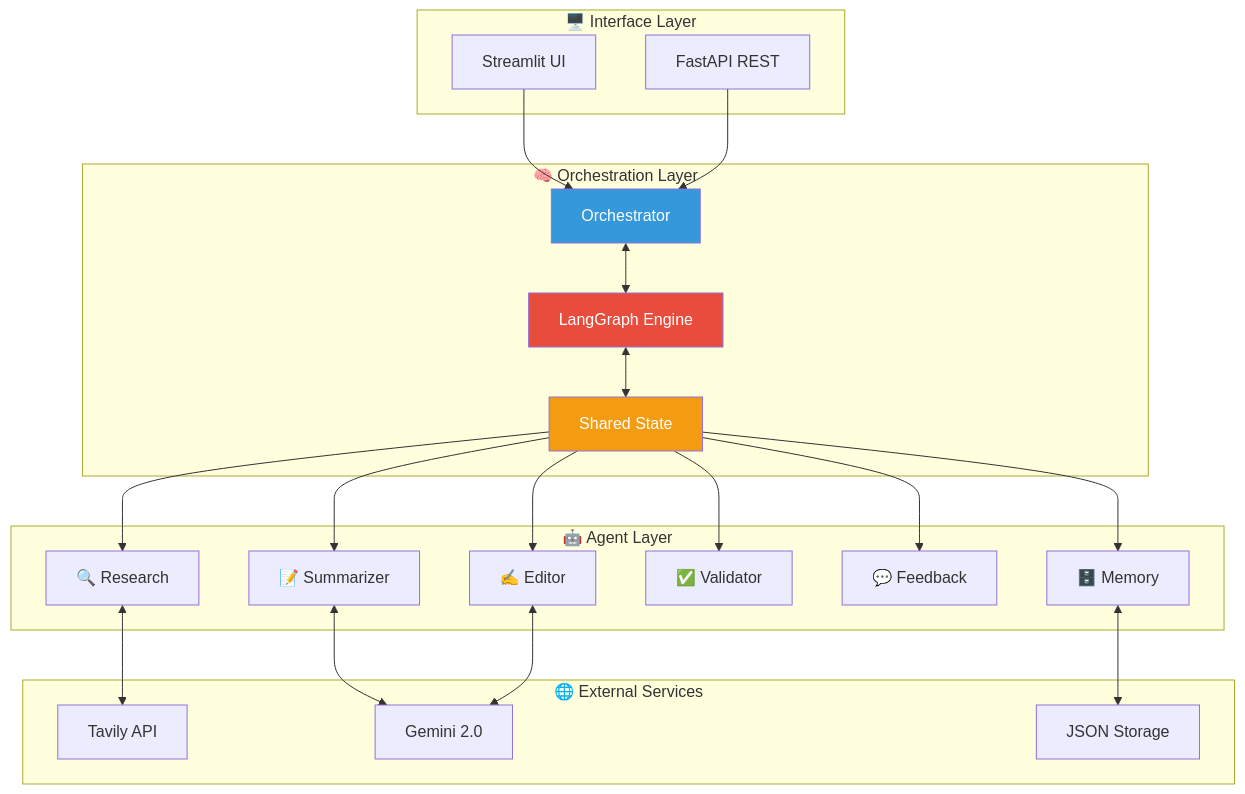
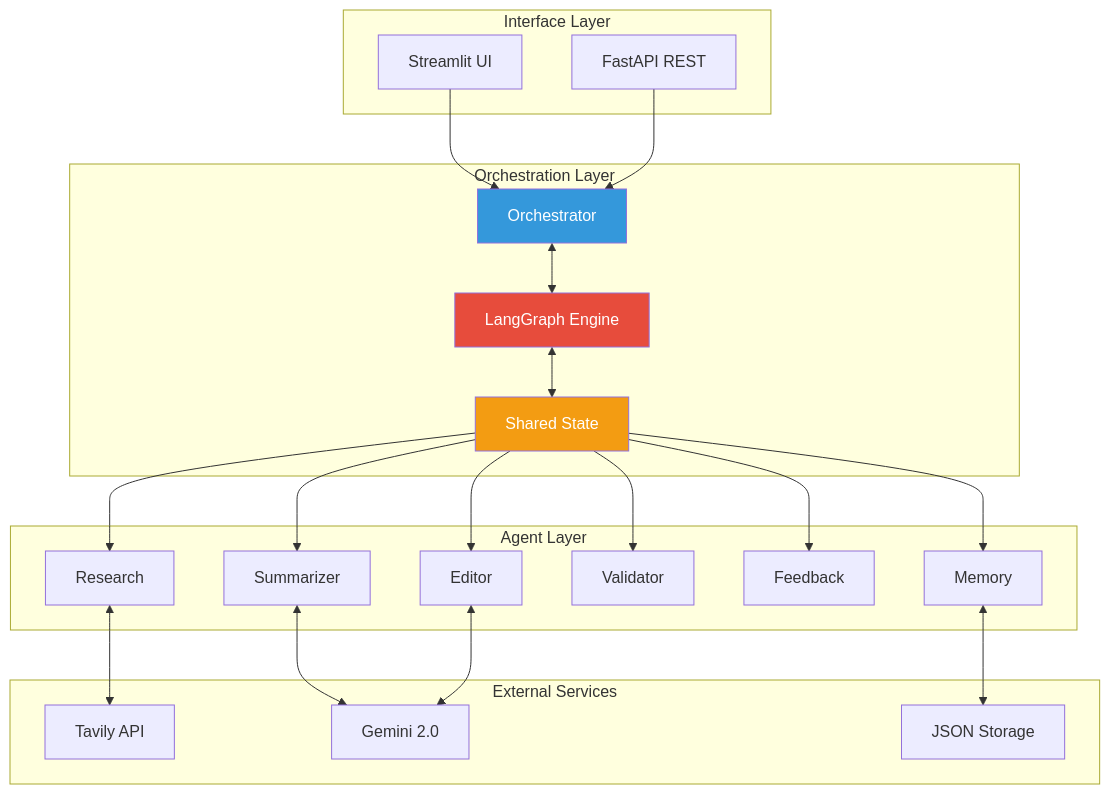
Before and after one commit to Abdelilah04116/AutoResearchFlow: the second of 6 diagrams in README.md, drawn with Mermaid. The commit also changed other lines of this file, not shown here.

````diff
--- a/README.md
+++ b/README.md
@@ -67,49 +67,49 @@
 ```mermaid
 graph TB
-    subgraph "🖥️ Interface Layer"
+    subgraph " Interface Layer"
         UI[Streamlit UI]
         API[FastAPI REST]
     end
     
-    subgraph "🧠 Orchestration Layer"
+    subgraph " Orchestration Layer"
         ORCH[Orchestrator]
         LG[LangGraph Engine]
         STATE[Shared State]
     end
     
-    subgraph "🤖 Agent Layer"
-        RA[🔍 Research]
-        SA[📝 Summarizer]
-        EA[✍️ Editor]
-        VA[✅ Validator]
-        FA[💬 Feedback]
-        MA[🗄️ Memory]
+    subgraph " Agent Layer"
+        RA[ Research]
+        SA[ Summarizer]
+        EA[ Editor]
+        VA[ Validator]
+        FA[ Feedback]
+        MA[ Memory]
     end
     
-    subgraph "🌐 External Services"
+    subgraph " External Services"
         TAVILY[Tavily API]
         GEMINI[Gemini 2.0]
         STORAGE[JSON Storage]
     end
     
     UI --> ORCH
     API --> ORCH
     ORCH <--> LG
     LG <--> STATE
     
     STATE --> RA
     STATE --> SA
     STATE --> EA
     STATE --> VA
     STATE --> FA
     STATE --> MA
     
     RA <--> TAVILY
     SA <--> GEMINI
     EA <--> GEMINI
     MA <--> STORAGE
     
     style ORCH fill:#3498db,color:#fff
     style LG fill:#e74c3c,color:#fff
     style STATE fill:#f39c12,color:#fff
 ```
````
